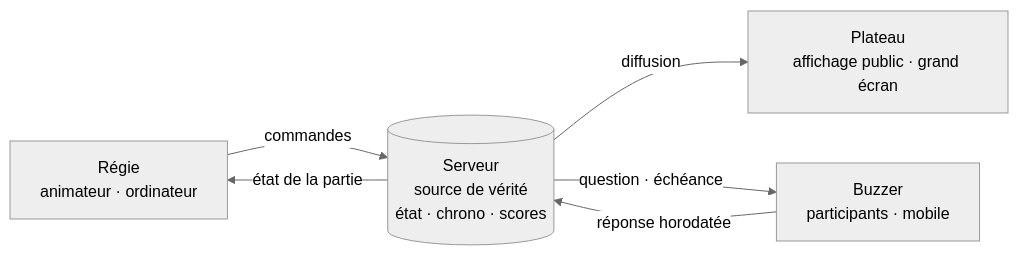
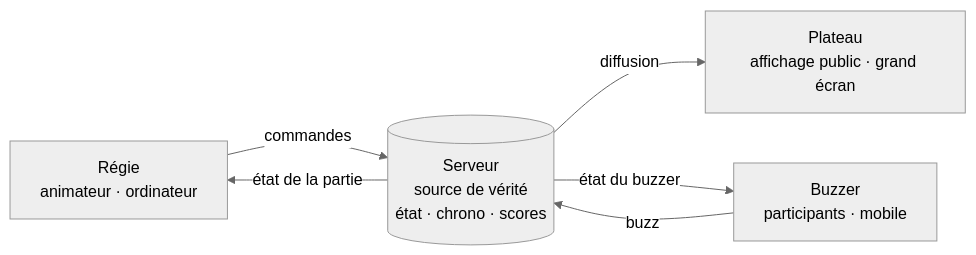
The second of 2 diagrams in docs/1_VISION_PRODUIT.md (sydcodeur/defi-meninges), drawn with Mermaid (neutral theme) before and after one commit. The commit also changed other lines of this file, not shown here.

Commit message:
docs: validate visual identity and buzzer game rules

````diff
--- a/docs/1_VISION_PRODUIT.md
+++ b/docs/1_VISION_PRODUIT.md
@@ -90,8 +115,8 @@
 ```mermaid
 flowchart LR
     R["Régie<br/>animateur · ordinateur"] -- commandes --> S[("Serveur<br/>source de vérité<br/>état · chrono · scores")]
     S -- état de la partie --> R
     S -- diffusion --> P["Plateau<br/>affichage public · grand écran"]
-    S -- question · échéance --> B["Buzzer<br/>participants · mobile"]
-    B -- réponse horodatée --> S
+    S -- état du buzzer --> B["Buzzer<br/>participants · mobile"]
+    B -- buzz --> S
 ```
````
